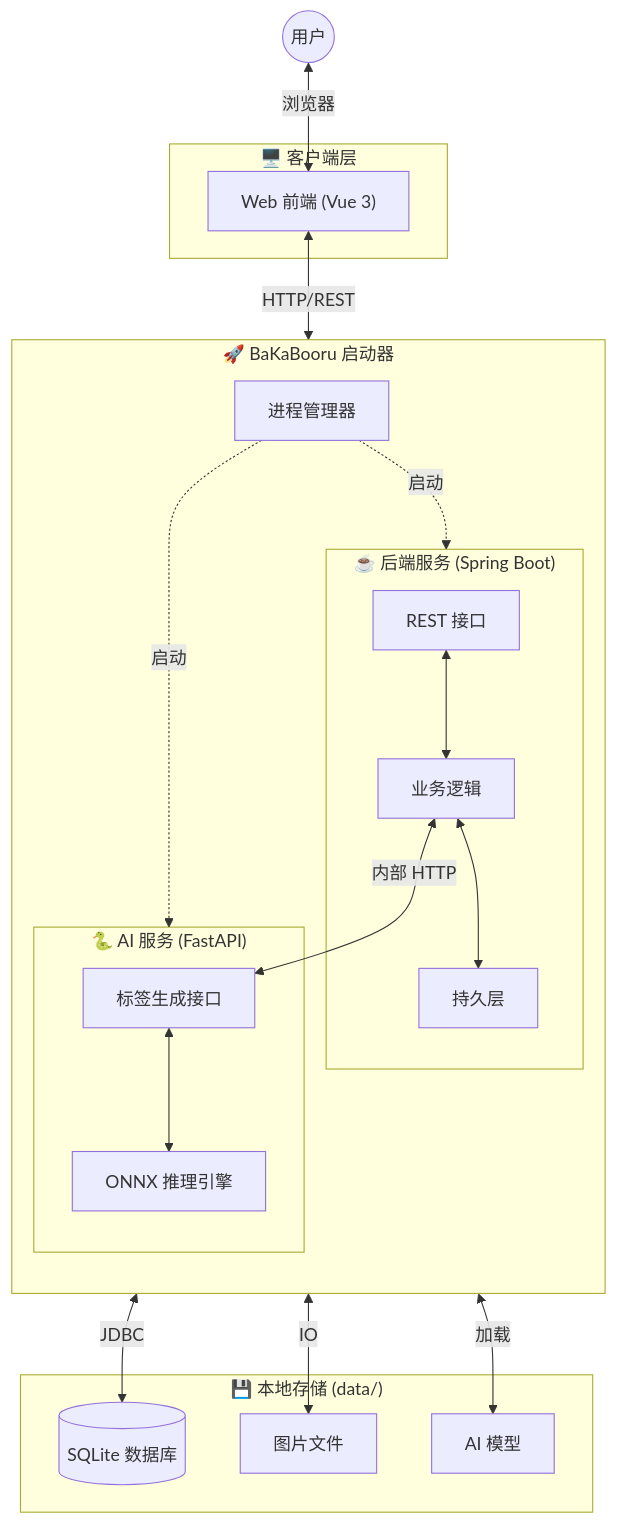
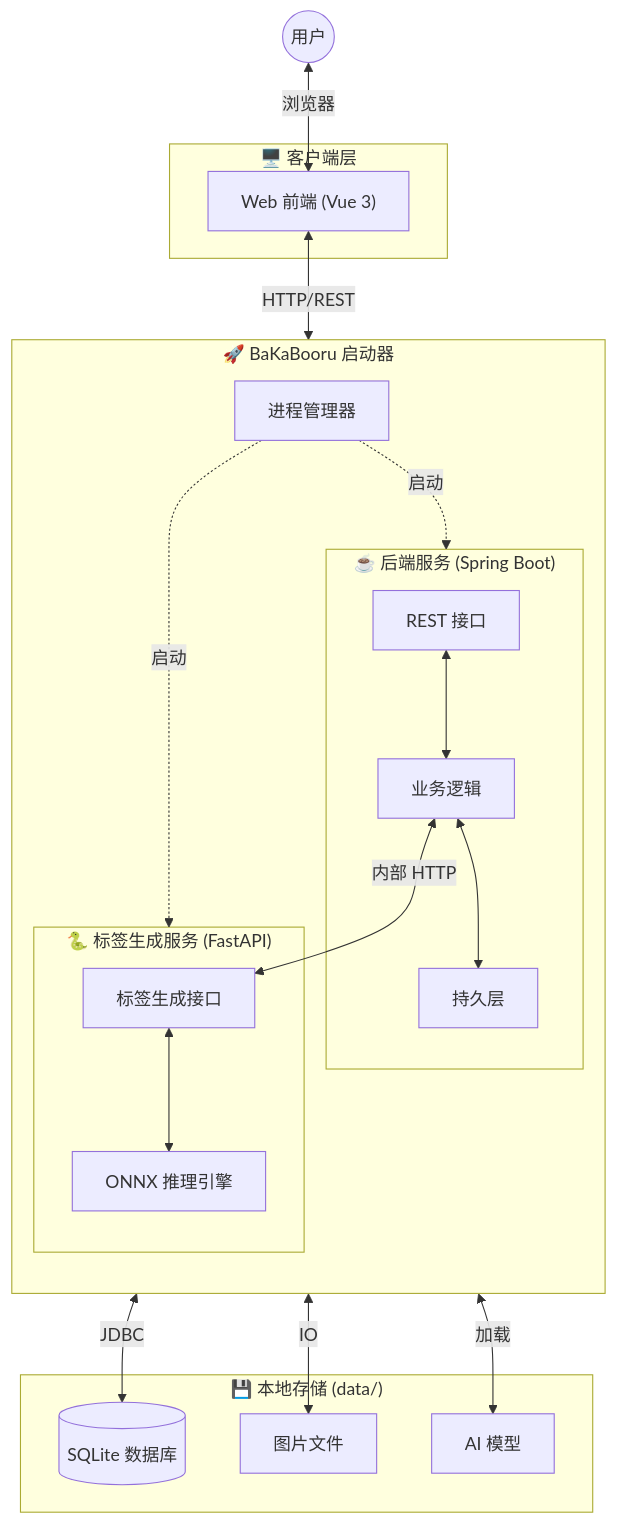
One commit to tamakara/ImageDrawer changed the diagram in README.md. Above: the diagram before and after it, drawn with Mermaid. The commit also changed other lines of this file and 11 other files, not shown here.

````diff
--- a/README.md
+++ b/README.md
@@ -26,43 +30,43 @@
 ```mermaid
 graph TD
     subgraph Client ["🖥️ 客户端层"]
         UI["Web 前端 (Vue 3)"]
     end
 
     subgraph Launcher ["🚀 BaKaBooru 启动器"]
         direction TB
         PM["进程管理器"]
         
         subgraph JavaProcess ["☕ 后端服务 (Spring Boot)"]
             API["REST 接口"]
             Core["业务逻辑"]
             JPA["持久层"]
         end
 
-        subgraph PythonProcess ["🐍 AI 服务 (FastAPI)"]
+        subgraph PythonProcess ["🐍 标签生成服务 (FastAPI)"]
             TagAPI["标签生成接口"]
             Inference["ONNX 推理引擎"]
         end
     end
 
     subgraph Storage ["💾 本地存储 (data/)"]
         SQLite[("SQLite 数据库")]
         Files["图片文件"]
         Models["AI 模型"]
     end
 
     %% Interactions
     User((用户)) <-->|浏览器| UI
     PM -.->|启动| JavaProcess
     PM -.->|启动| PythonProcess
     
     UI <-->|HTTP/REST| API
     API <--> Core
     Core <--> JPA
     Core <-->|内部 HTTP| TagAPI
     
     JPA <-->|JDBC| SQLite
     Core <-->|IO| Files
     TagAPI <--> Inference
     Inference <-->|加载| Models
 ```
````
